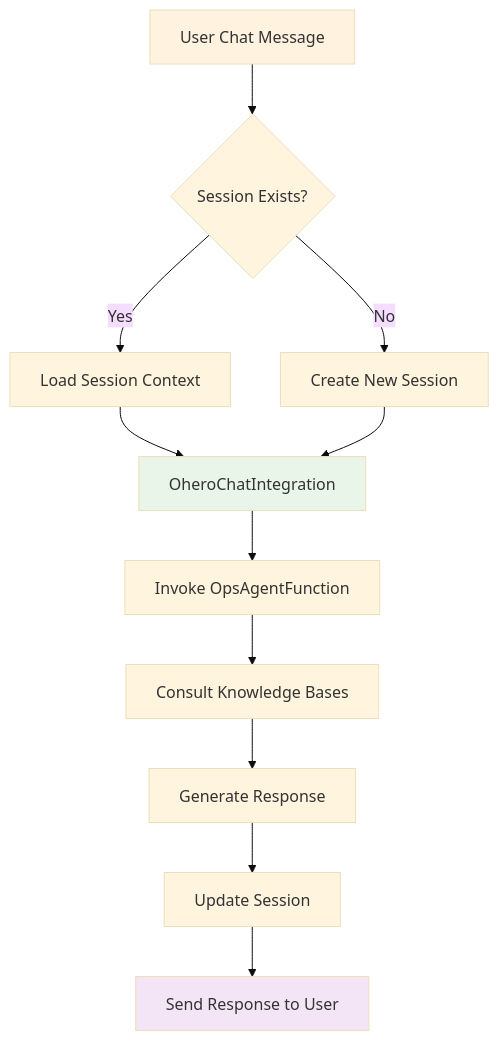
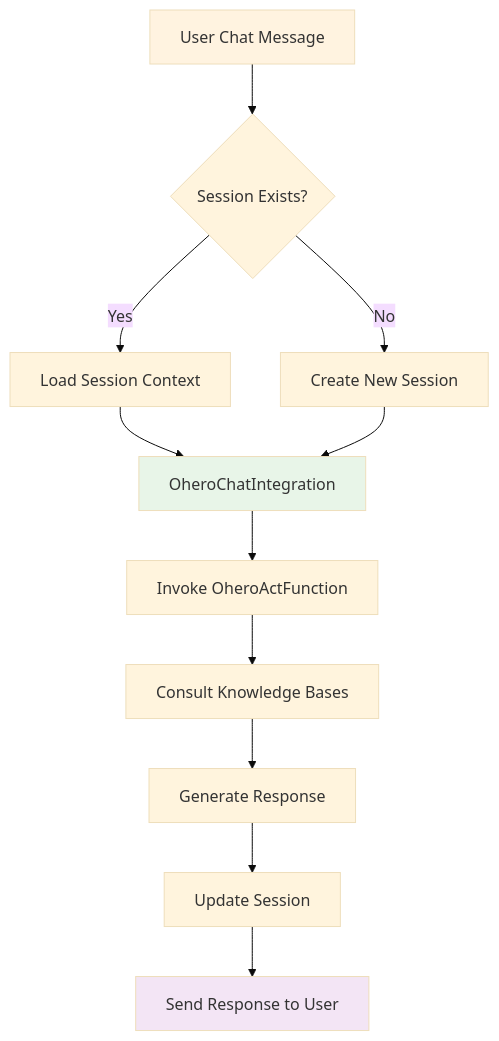
The fifth of 10 diagrams in docs/event-driven-flow.md (aws-samples/ops-health-ai), drawn with Mermaid (base theme) before and after one commit. The commit also changed other lines of this file and 20 other files, not shown here.

Commit message:
opsAgent function rename and src files reorg

````diff
--- a/docs/event-driven-flow.md
+++ b/docs/event-driven-flow.md
@@ -352,17 +352,17 @@
 ```mermaid
 flowchart TD
     A[User Chat Message] --> B{Session Exists?}
     B -->|Yes| C[Load Session Context]
     B -->|No| D[Create New Session]
     C --> E[OheroChatIntegration]
     D --> E
-    E --> F[Invoke OpsAgentFunction]
+    E --> F[Invoke OheroActFunction]
     F --> G[Consult Knowledge Bases]
     G --> H[Generate Response]
     H --> I[Update Session]
     I --> J[Send Response to User]
 
     style A fill:#fff3e0
     style E fill:#e8f5e8
     style J fill:#f3e5f5
 ```
````
